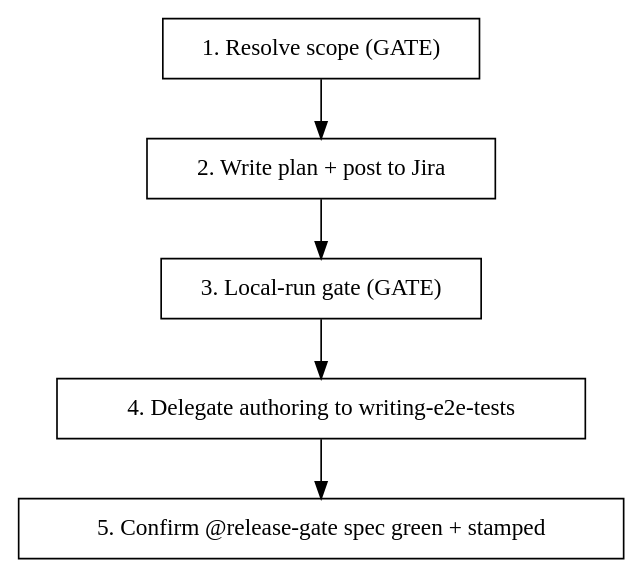
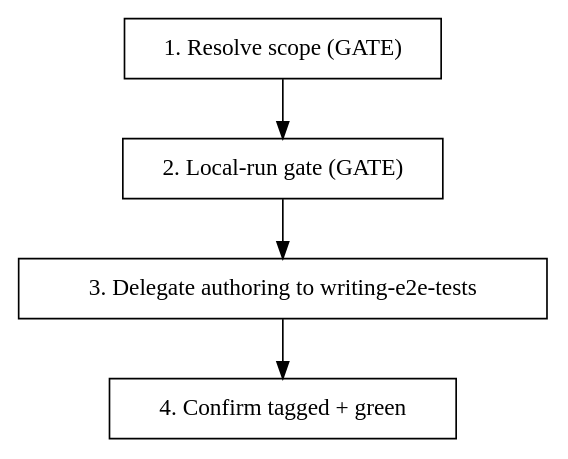
The diagram in mirrors/repos/comet-ml@opik/.agents/skills/explore-feature/SKILL.md (gabrielmoreira/agent-skills-mirror), drawn with Graphviz before and after one commit. The commit also changed other lines of this file and 2372 other files, not shown here.

````diff
--- a/mirrors/repos/comet-ml@opik/.agents/skills/explore-feature/SKILL.md
+++ b/mirrors/repos/comet-ml@opik/.agents/skills/explore-feature/SKILL.md
@@ -30,15 +29,13 @@
 ```dot
 digraph explore_feature {
     rankdir=TB;
     "1. Resolve scope (GATE)" [shape=box];
-    "2. Write plan + post to Jira" [shape=box];
-    "3. Local-run gate (GATE)" [shape=box];
-    "4. Delegate authoring to writing-e2e-tests" [shape=box];
-    "5. Confirm @release-gate spec green + stamped" [shape=box];
+    "2. Local-run gate (GATE)" [shape=box];
+    "3. Delegate authoring to writing-e2e-tests" [shape=box];
+    "4. Confirm tagged + green" [shape=box];
 
-    "1. Resolve scope (GATE)" -> "2. Write plan + post to Jira";
-    "2. Write plan + post to Jira" -> "3. Local-run gate (GATE)";
-    "3. Local-run gate (GATE)" -> "4. Delegate authoring to writing-e2e-tests";
-    "4. Delegate authoring to writing-e2e-tests" -> "5. Confirm @release-gate spec green + stamped";
+    "1. Resolve scope (GATE)" -> "2. Local-run gate (GATE)";
+    "2. Local-run gate (GATE)" -> "3. Delegate authoring to writing-e2e-tests";
+    "3. Delegate authoring to writing-e2e-tests" -> "4. Confirm tagged + green";
 }
 ```
````
